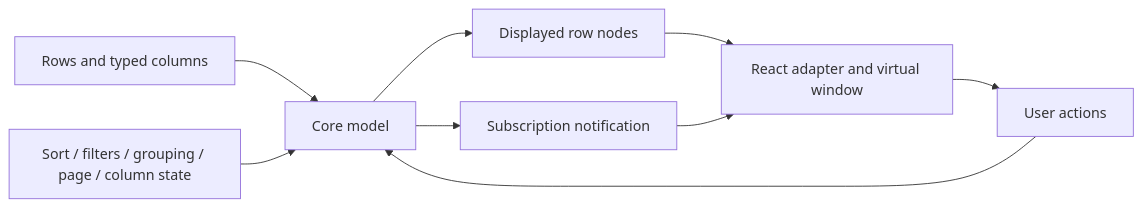
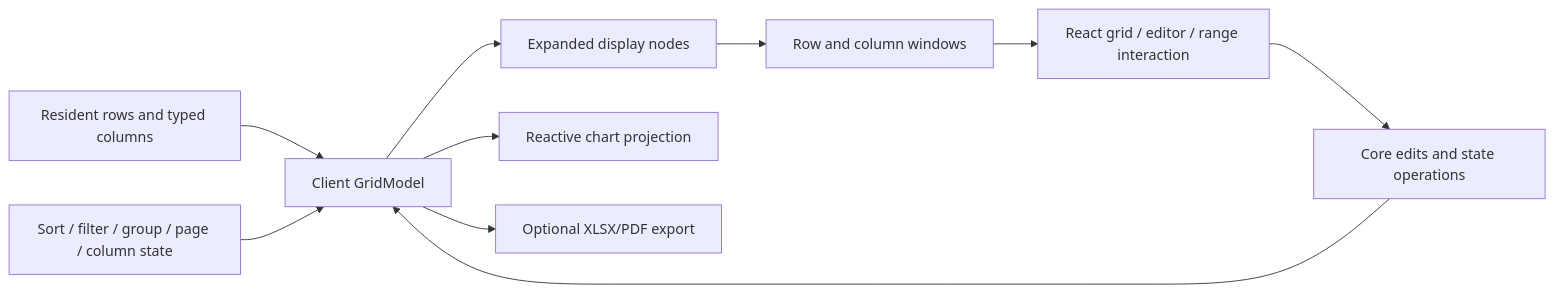
Before and after one commit to mr-rafiq/opengrid: the diagram in docs/ARCHITECTURE.md, drawn with Mermaid. The commit also changed other lines of this file and 52 other files, not shown here.

Commit message:
Add virtual columns, cell ranges, remote engines, exports and analysis tools

````diff
--- a/docs/ARCHITECTURE.md
+++ b/docs/ARCHITECTURE.md
@@ -18,11 +19,12 @@
 ```mermaid
 flowchart LR
-  Input[Rows and typed columns] --> Core[Core model]
-  State[Sort / filters / grouping / page / column state] --> Core
-  Core --> Nodes[Displayed row nodes]
-  Nodes --> React[React adapter and virtual window]
-  React --> Actions[User actions]
-  Actions --> Core
-  Core --> Subscriber[Subscription notification]
-  Subscriber --> React
+  Rows[Resident rows and typed columns] --> Model[Client GridModel]
+  State[Sort / filter / group / page / column state] --> Model
+  Model --> Nodes[Expanded display nodes]
+  Nodes --> Windows[Row and column windows]
+  Windows --> UI[React grid / editor / range interaction]
+  UI --> Actions[Core edits and state operations]
+  Actions --> Model
+  Model --> Charts[Reactive chart projection]
+  Model --> Export[Optional XLSX/PDF export]
 ```
````
